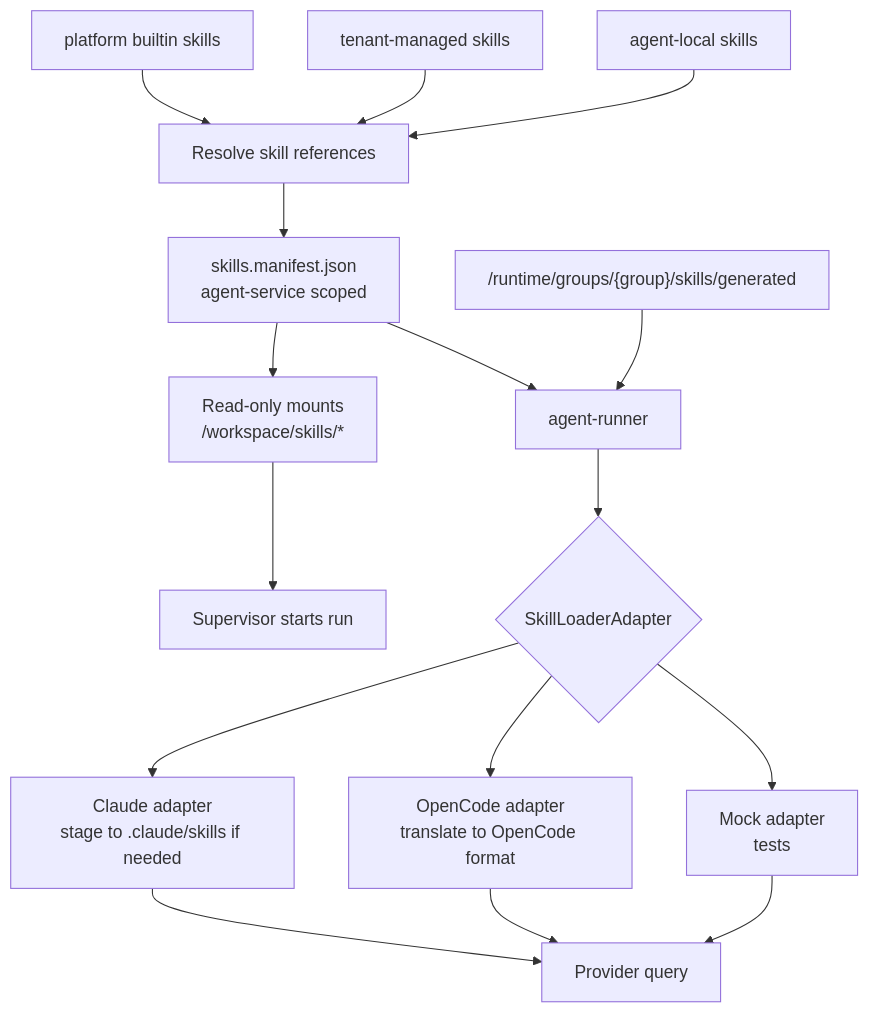
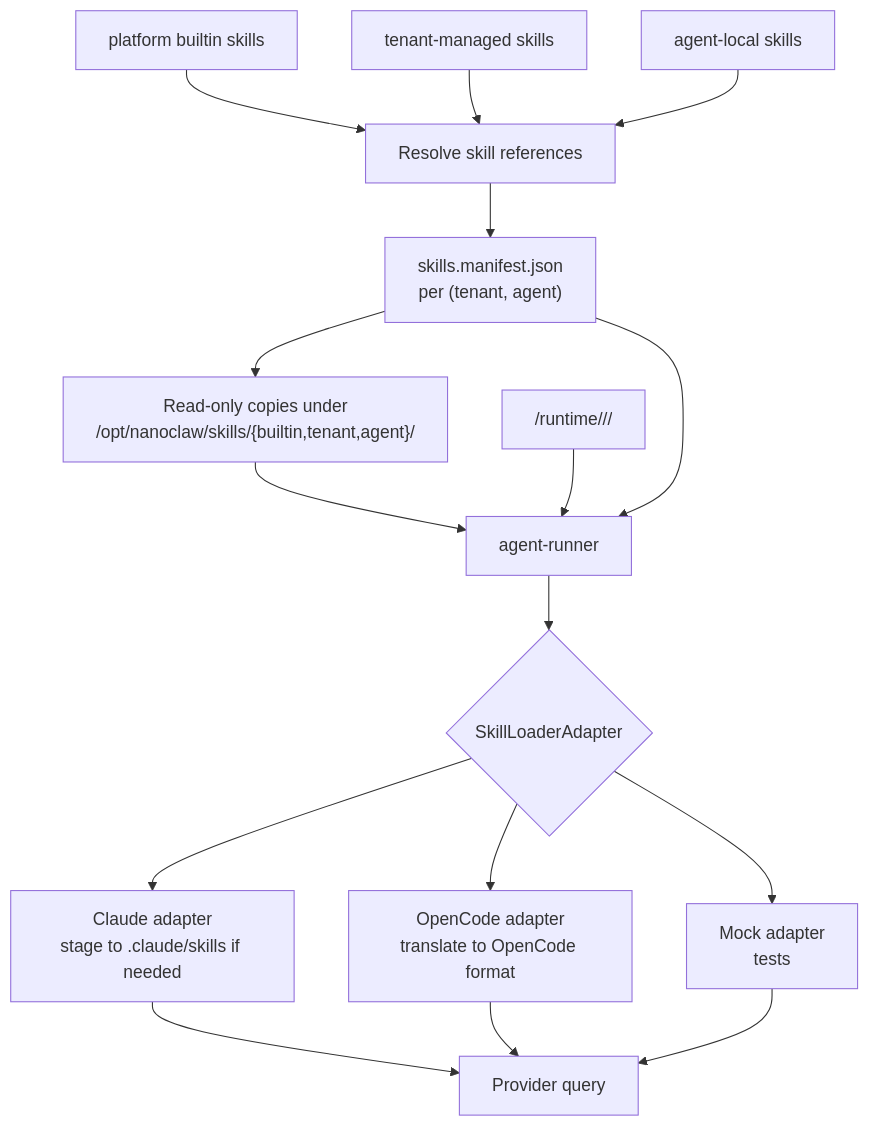
One commit to xi-qian/nanoclaw changed the fourth of 5 diagrams in docs/runtime-rework/TARGET_ARCHITECTURE_DETAILS.md. Above: the diagram before and after it, drawn with Mermaid. The commit also changed other lines of this file and 18 other files, not shown here.

````diff
--- a/docs/runtime-rework/TARGET_ARCHITECTURE_DETAILS.md
+++ b/docs/runtime-rework/TARGET_ARCHITECTURE_DETAILS.md
@@ -392,18 +397,18 @@
 ```mermaid
 flowchart TB
   Builtin["platform builtin skills"] --> Resolve["Resolve skill references"]
   Tenant["tenant-managed skills"] --> Resolve
   Agent["agent-local skills"] --> Resolve
-  Resolve --> Manifest["skills.manifest.json<br/>agent-service scoped"]
-  Manifest --> Mounts["Read-only mounts<br/>/workspace/skills/*"]
-  Mounts --> Supervisor["Supervisor starts run"]
-  Generated["/runtime/groups/{group}/skills/generated"] --> Runner["agent-runner"]
+  Resolve --> Manifest["skills.manifest.json<br/>per (tenant, agent)"]
+  Manifest --> Mounts["Read-only copies under<br/>/opt/nanoclaw/skills/{builtin,tenant,agent}/"]
+  Mounts --> Runner["agent-runner"]
+  Generated["/runtime/<t>/<a>/<g>/skills/generated"] --> Runner
   Manifest --> Runner
   Runner --> Adapter{"SkillLoaderAdapter"}
   Adapter --> Claude["Claude adapter<br/>stage to .claude/skills if needed"]
   Adapter --> OpenCode["OpenCode adapter<br/>translate to OpenCode format"]
   Adapter --> Mock["Mock adapter<br/>tests"]
   Claude --> Provider["Provider query"]
   OpenCode --> Provider
   Mock --> Provider
 ```
````
